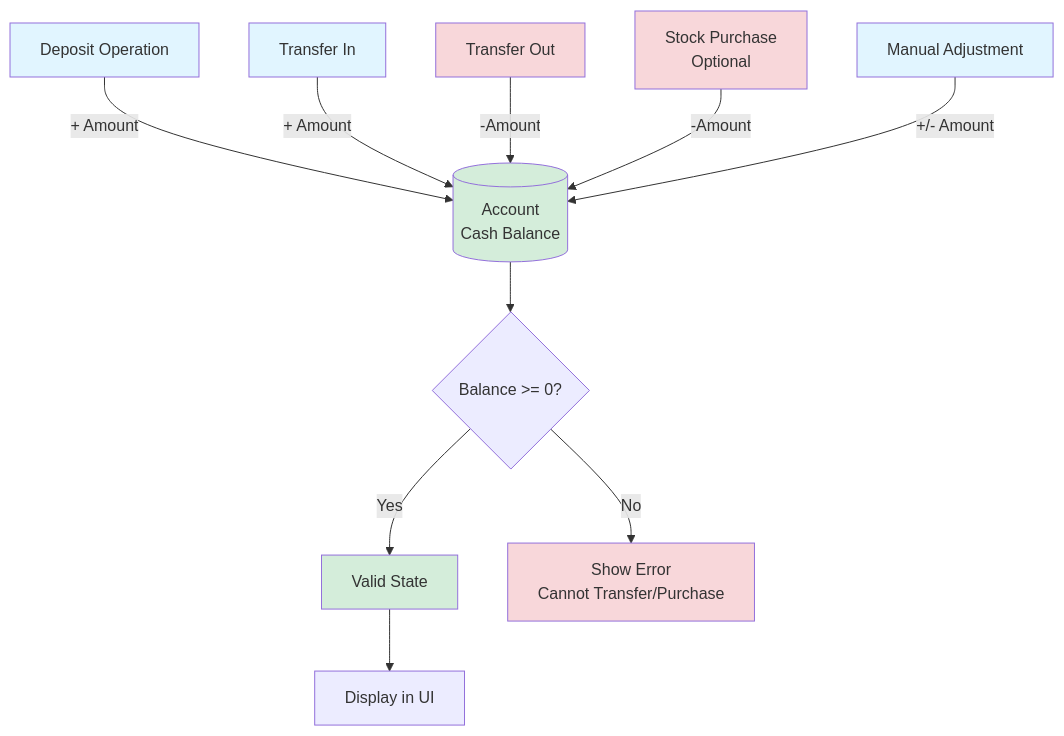
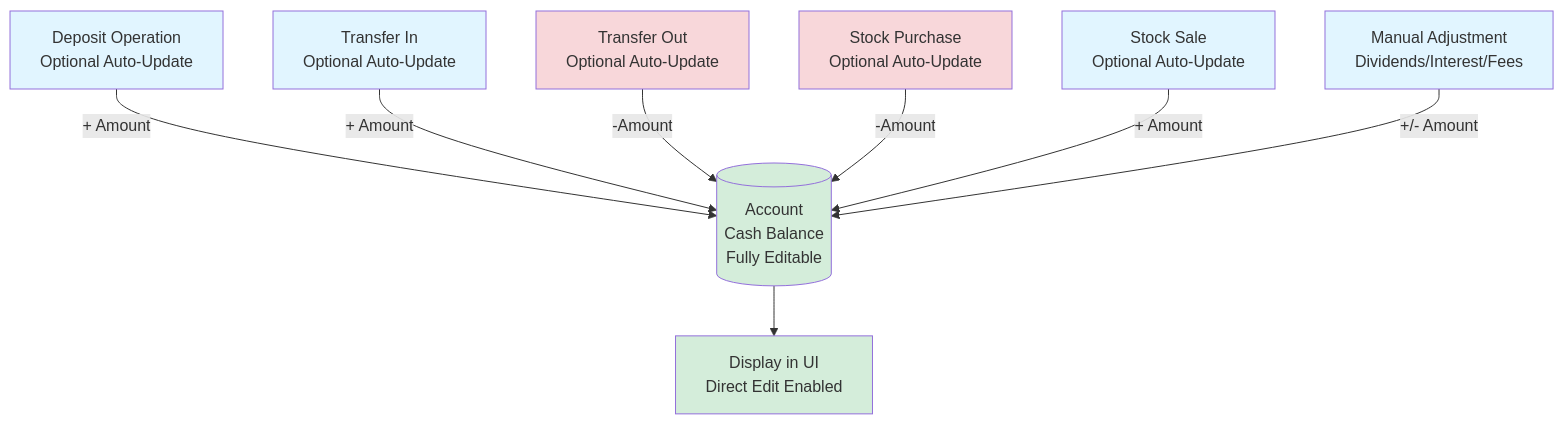
The fifth of 10 diagrams in docs/diagrams/data-flow.md (marcelrienks/Prosperity), drawn with Mermaid before and after one commit. The commit also changed other lines of this file and 5 other files, not shown here.

````diff
--- a/docs/diagrams/data-flow.md
+++ b/docs/diagrams/data-flow.md
@@ -213,25 +238,22 @@
 ```mermaid
 flowchart TD
-    Account[(Account<br/>Cash Balance)]
+    Account[(Account<br/>Cash Balance<br/>Fully Editable)]
     
-    Deposit[Deposit Operation] -->|+ Amount| Account
-    TransferIn[Transfer In] -->|+ Amount| Account
-    TransferOut[Transfer Out] -->|-Amount| Account
-    Purchase[Stock Purchase<br/>Optional] -->|-Amount| Account
-    Manual[Manual Adjustment] -->|+/- Amount| Account
+    Deposit[Deposit Operation<br/>Optional Auto-Update] -->|+ Amount| Account
+    TransferIn[Transfer In<br/>Optional Auto-Update] -->|+ Amount| Account
+    TransferOut[Transfer Out<br/>Optional Auto-Update] -->|-Amount| Account
+    Purchase[Stock Purchase<br/>Optional Auto-Update] -->|-Amount| Account
+    Sale[Stock Sale<br/>Optional Auto-Update] -->|+ Amount| Account
+    Manual[Manual Adjustment<br/>Dividends/Interest/Fees] -->|+/- Amount| Account
     
-    Account --> Check{Balance >= 0?}
-    Check -->|Yes| Valid[Valid State]
-    Check -->|No| Error[Show Error<br/>Cannot Transfer/Purchase]
-    
-    Valid --> Display[Display in UI]
+    Account --> Display[Display in UI<br/>Direct Edit Enabled]
     
     style Account fill:#d4edda
     style Deposit fill:#e1f5ff
     style TransferIn fill:#e1f5ff
+    style Sale fill:#e1f5ff
     style Manual fill:#e1f5ff
     style TransferOut fill:#f8d7da
     style Purchase fill:#f8d7da
-    style Error fill:#f8d7da
-    style Valid fill:#d4edda
+    style Display fill:#d4edda
 ```
````
